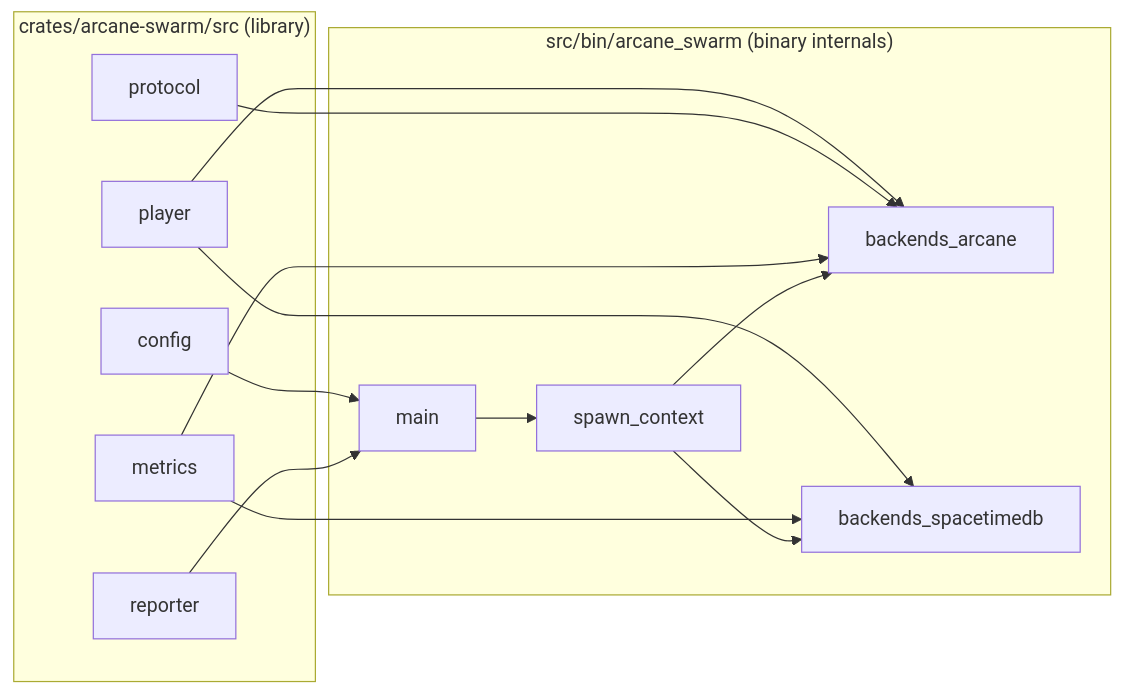
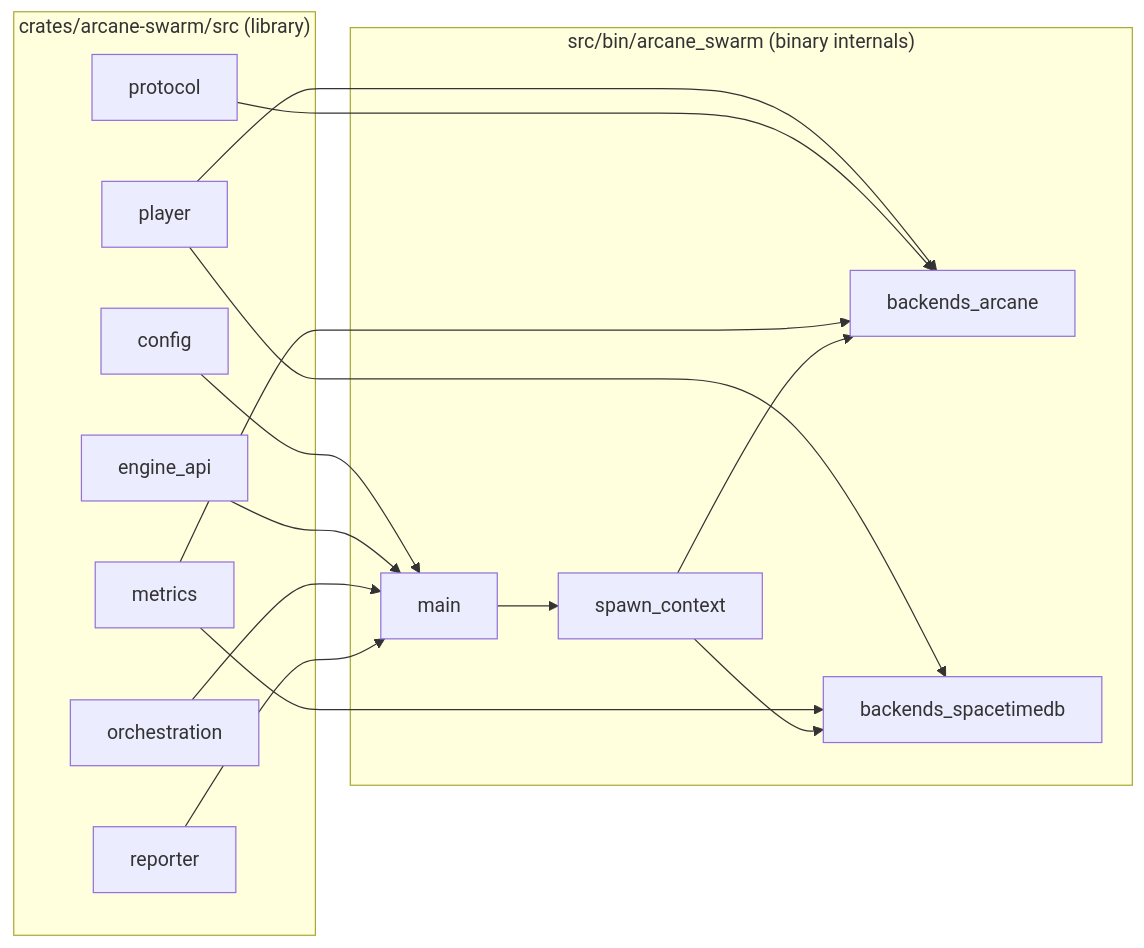
Before and after one commit to brainy-bots/arcane_swarm: the diagram in docs/MODULE_INTERACTIONS.md, drawn with Mermaid. The commit also changed other lines of this file and 5 other files, not shown here.

First line of the commit message:
Define reusable engine API and mocked orchestration tests.

````diff
--- a/docs/MODULE_INTERACTIONS.md
+++ b/docs/MODULE_INTERACTIONS.md
@@ -7,29 +7,33 @@
 ```mermaid
 flowchart LR
   subgraph Lib["crates/arcane-swarm/src (library)"]
     Config["config"]
+    EngineApi["engine_api"]
+    Orchestration["orchestration"]
     Player["player"]
     Protocol["protocol"]
     Metrics["metrics"]
     Reporter["reporter"]
   end
 
   subgraph Bin["src/bin/arcane_swarm (binary internals)"]
     Main["main"]
     Spawn["spawn_context"]
     ArcaneBackend["backends_arcane"]
     StdbBackend["backends_spacetimedb"]
   end
 
   Config --> Main
+  EngineApi --> Main
+  Orchestration --> Main
   Player --> ArcaneBackend
   Player --> StdbBackend
   Protocol --> ArcaneBackend
   Metrics --> ArcaneBackend
   Metrics --> StdbBackend
   Reporter --> Main
 
   Main --> Spawn
   Spawn --> ArcaneBackend
   Spawn --> StdbBackend
 ```
````
